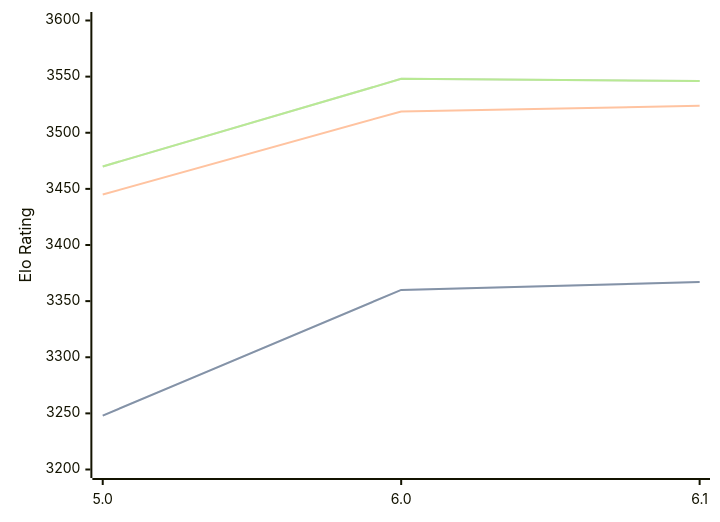
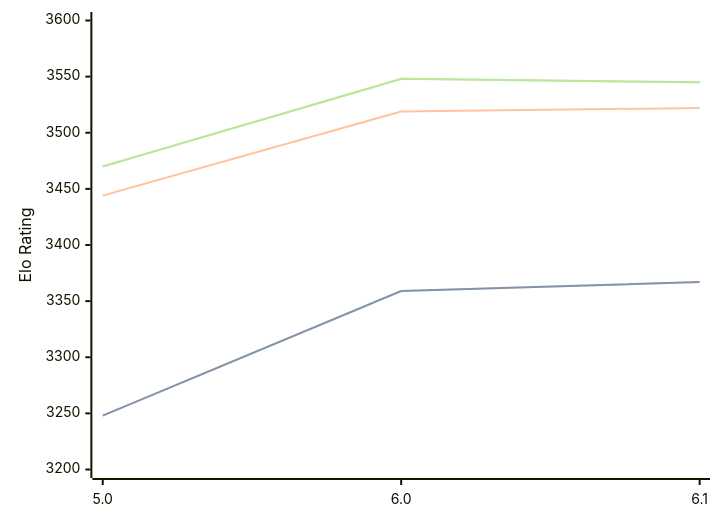
Before and after one commit to computer-chess-index/cci: the diagram in engines/Starzix.md, drawn with Mermaid. The commit also changed other lines of this file, not shown here.

Commit message:
Update CCI Ratings (ELO VLTC) - 2026-03-15

````diff
--- a/engines/Starzix.md
+++ b/engines/Starzix.md
@@ -35,11 +35,11 @@
 ```mermaid
 %%{init: {"theme":"base","themeVariables":{"seriesColors:['#a3a3a3','#222221','#faa371']}}}%%
 xychart-beta
   x-axis ["5.0", "6.0", "6.1"]
   y-axis "Elo Rating" 3200 --> 3600
-  line "STC (8.0+0.08s)" [3248, 3360, 3367]
-  line "STC (8.0+0.08s)" [3248, 3360, 3367]
-  line "LTC (60.0+0.60s)" [3445, 3519, 3524]
-  line "VLTC (2m24s+1.12s)" [3470, 3548, 3546]
-  line "VLTC (2m24s+1.12s)" [3470, 3548, 3546]
+  line "STC (8.0+0.08s)" [3248, 3359, 3367]
+  line "STC (8.0+0.08s)" [3248, 3359, 3367]
+  line "LTC (60.0+0.60s)" [3444, 3519, 3522]
+  line "VLTC (2m24s+1.12s)" [3470, 3548, 3545]
+  line "VLTC (2m24s+1.12s)" [3470, 3548, 3545]
 ```
````
